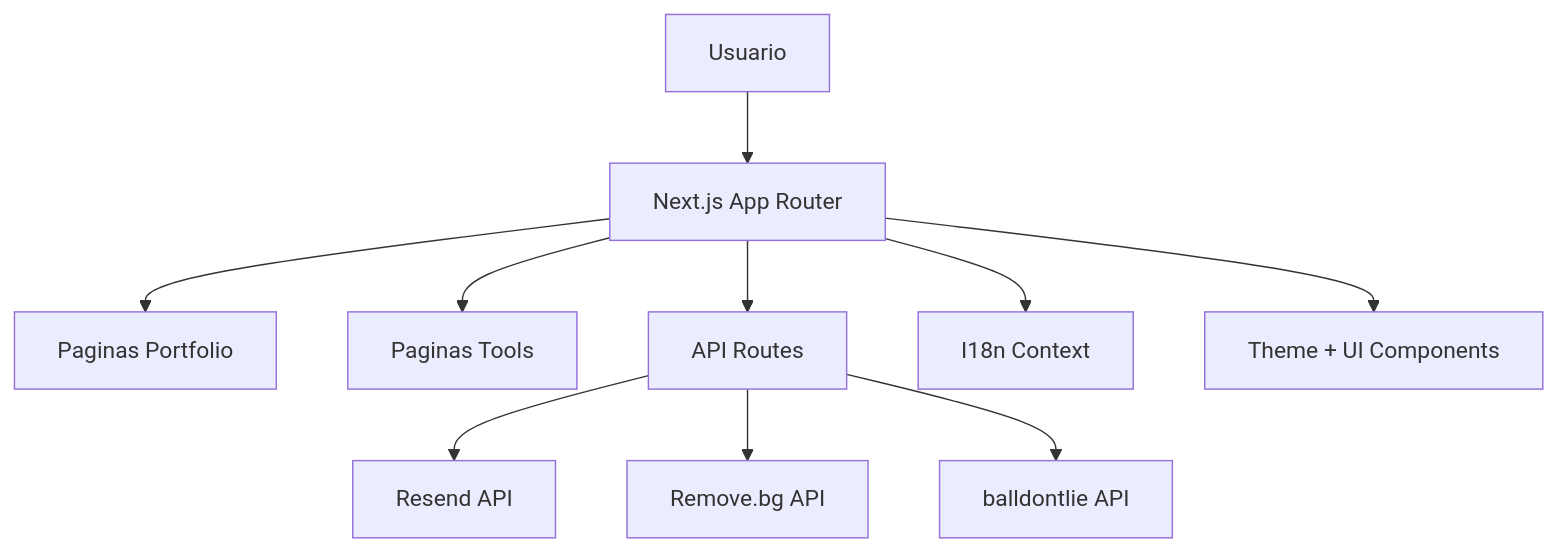
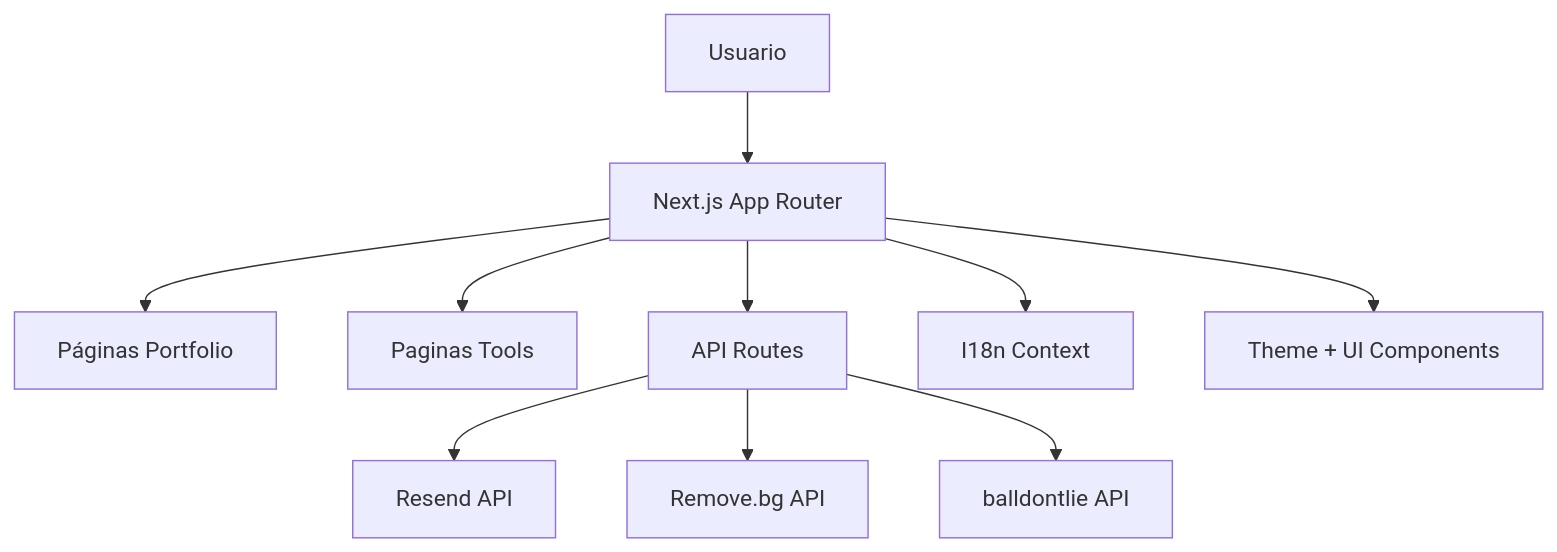
One commit to fmargar/dev-hub-fernando changed the diagram in README.md. Above: the diagram before and after it, drawn with Mermaid. The commit also changed other lines of this file, not shown here.

````diff
--- a/README.md
+++ b/README.md
@@ -97,14 +97,14 @@
 ```mermaid
 flowchart TD
       A[Usuario] --> B[Next.js App Router]
-      B --> C[Paginas Portfolio]
+      B --> C[Páginas Portfolio]
       B --> D[Paginas Tools]
       B --> E[API Routes]
 
       E --> F[Resend API]
       E --> G[Remove.bg API]
       E --> H[balldontlie API]
 
       B --> I[I18n Context]
       B --> J[Theme + UI Components]
 ```
````
